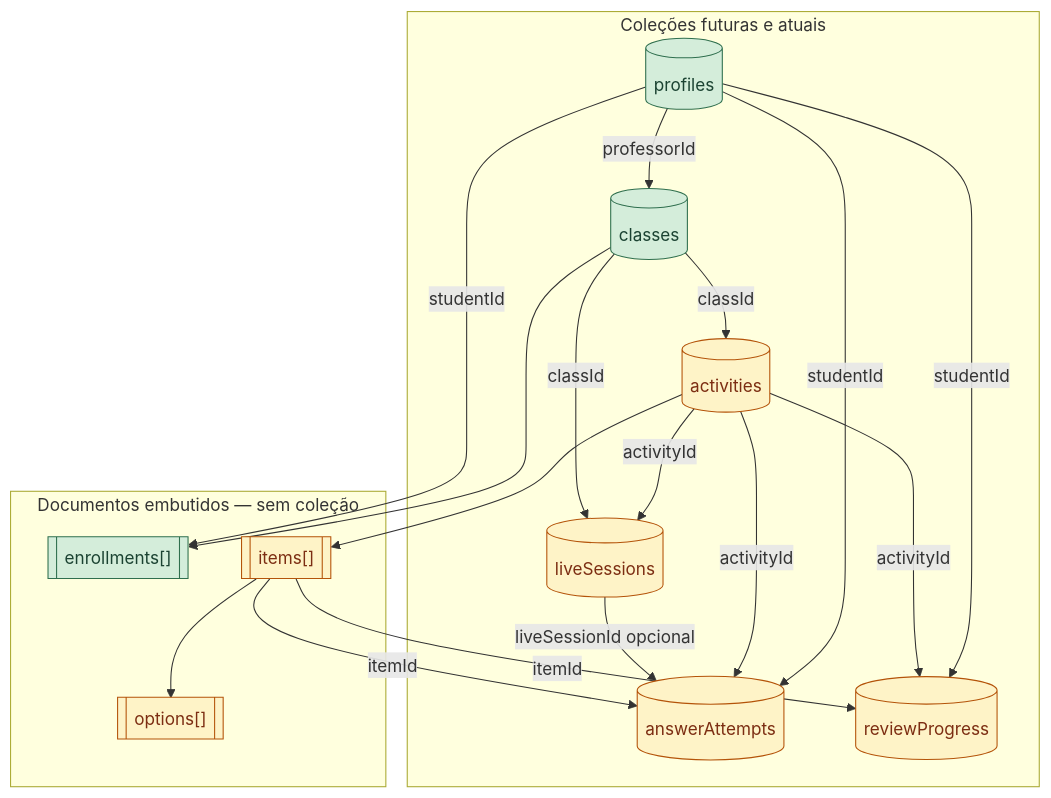
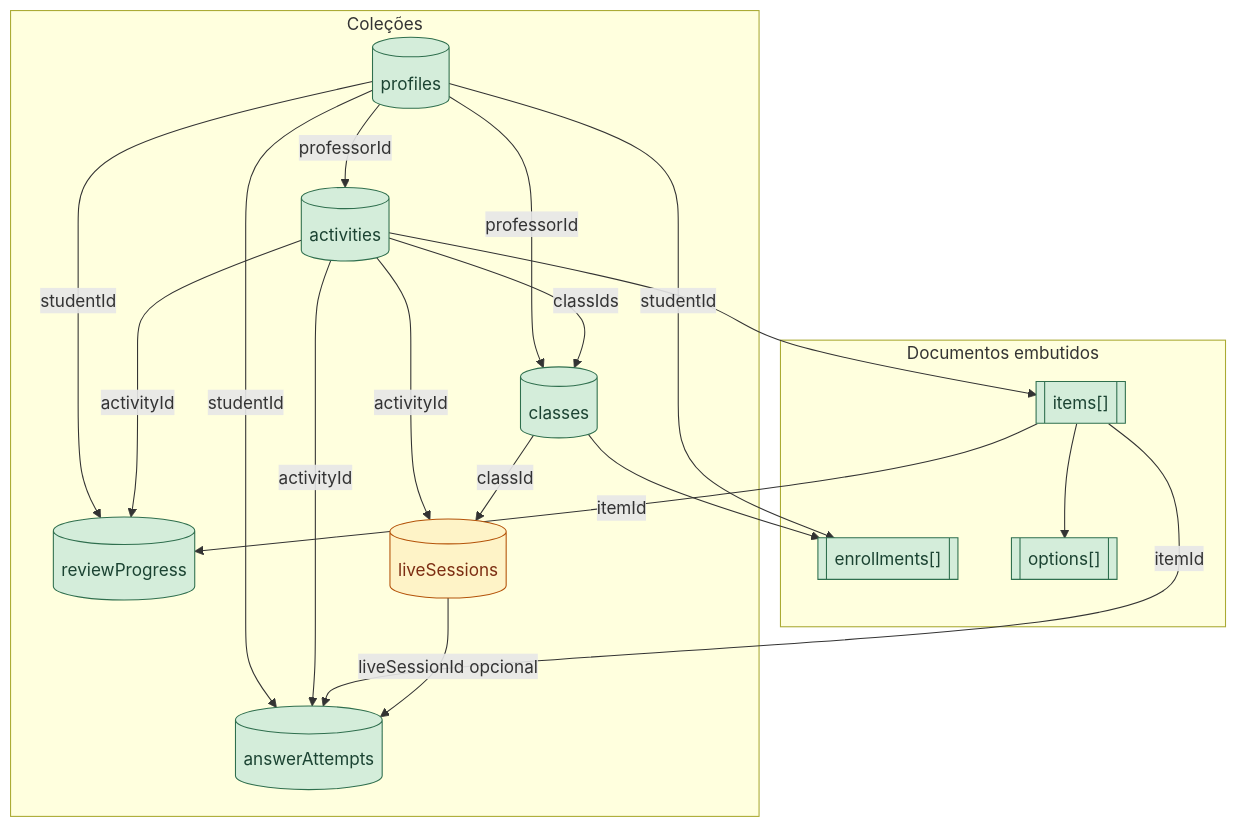
The fourth of 6 diagrams in docs/diagrama-banco-dados.md (brenorosa10/Projeto_TCC), drawn with Mermaid before and after one commit. The commit also changed other lines of this file and 31 other files, not shown here.

````diff
--- a/docs/diagrama-banco-dados.md
+++ b/docs/diagrama-banco-dados.md
@@ -188,38 +197,39 @@
 ```mermaid
 flowchart TB
-  subgraph Colecoes["Coleções futuras e atuais"]
+  subgraph Colecoes["Coleções"]
     P[("profiles")]
     C[("classes")]
     A[("activities")]
-    L[("liveSessions")]
     T[("answerAttempts")]
     R[("reviewProgress")]
+    L[("liveSessions")]
   end
 
-  subgraph Embutidos["Documentos embutidos — sem coleção"]
+  subgraph Embutidos["Documentos embutidos"]
     E[["enrollments[]"]]
     I[["items[]"]]
     O[["options[]"]]
   end
 
   P -->|"professorId"| C
   C --> E
   P -->|"studentId"| E
-  C -->|"classId"| A
+  P -->|"professorId"| A
+  A -->|"classIds"| C
   A --> I
   I --> O
   A -->|"activityId"| L
   C -->|"classId"| L
   P -->|"studentId"| T
   A -->|"activityId"| T
   I -->|"itemId"| T
   L -->|"liveSessionId opcional"| T
   P -->|"studentId"| R
   A -->|"activityId"| R
   I -->|"itemId"| R
 
   classDef atual fill:#d4edda,stroke:#2f6f4e,color:#1b4332
   classDef futuro fill:#fef3c7,stroke:#b45309,color:#7c2d12
-  class P,C,E atual
-  class A,L,T,R,I,O futuro
+  class P,C,A,T,R,E,I,O atual
+  class L futuro
 ```
````
